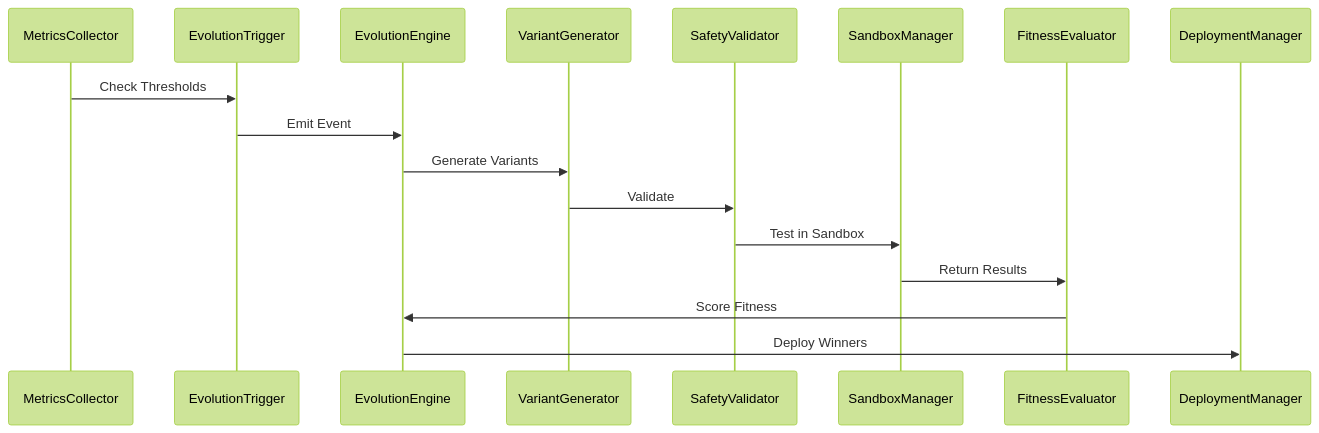
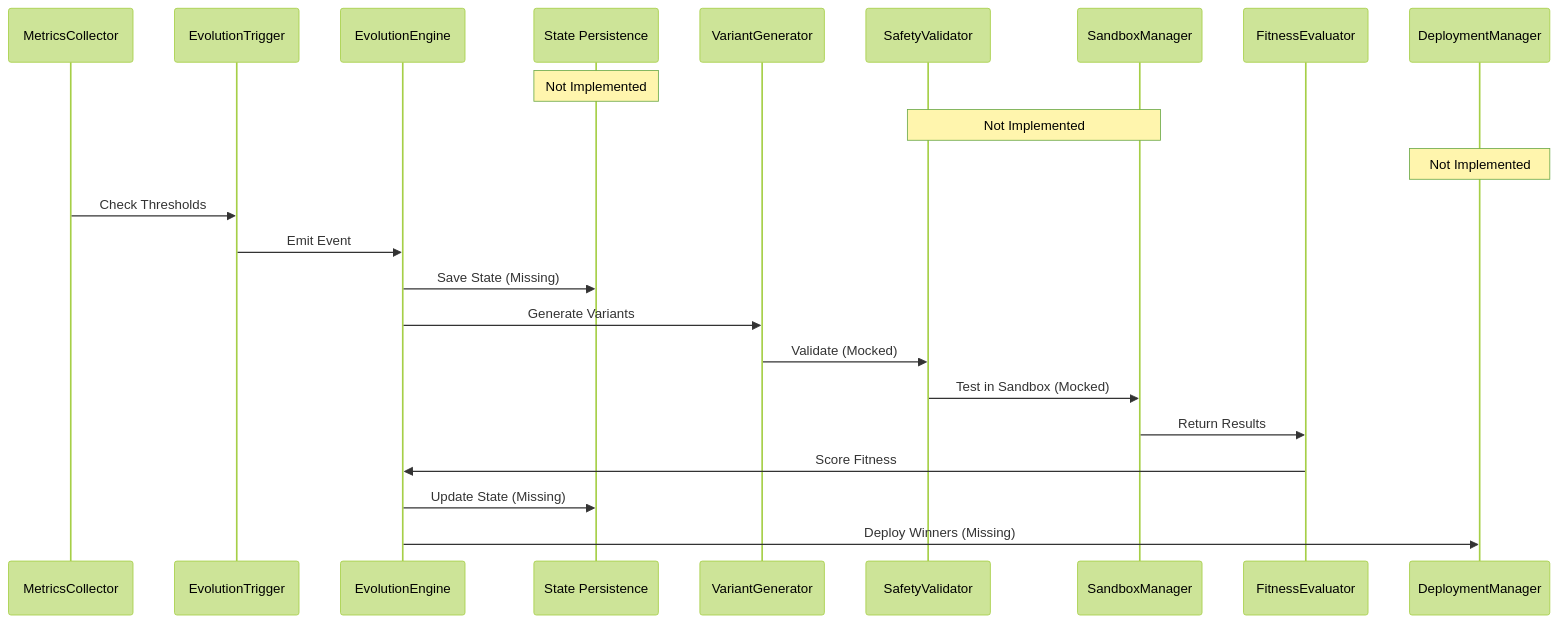
One commit to kwsantiago/goose-evolve changed the second of 5 diagrams in docs/architecture.md. Above: the diagram before and after it, drawn with Mermaid (forest theme). The commit also changed other lines of this file and 13 other files, not shown here.

````diff
--- a/docs/architecture.md
+++ b/docs/architecture.md
@@ -67,20 +135,27 @@
 ```mermaid
 sequenceDiagram
     participant MC as MetricsCollector
     participant ET as EvolutionTrigger
     participant EE as EvolutionEngine
+    participant SP as State Persistence
     participant VG as VariantGenerator
     participant SV as SafetyValidator
     participant SB as SandboxManager
     participant FE as FitnessEvaluator
     participant DM as DeploymentManager
     
+    Note over SP: Not Implemented
+    Note over SV,SB: Not Implemented
+    Note over DM: Not Implemented
+    
     MC->>ET: Check Thresholds
     ET->>EE: Emit Event
+    EE->>SP: Save State (Missing)
     EE->>VG: Generate Variants
-    VG->>SV: Validate
-    SV->>SB: Test in Sandbox
+    VG->>SV: Validate (Mocked)
+    SV->>SB: Test in Sandbox (Mocked)
     SB->>FE: Return Results
     FE->>EE: Score Fitness
-    EE->>DM: Deploy Winners
+    EE->>SP: Update State (Missing)
+    EE->>DM: Deploy Winners (Missing)
 ```
````
